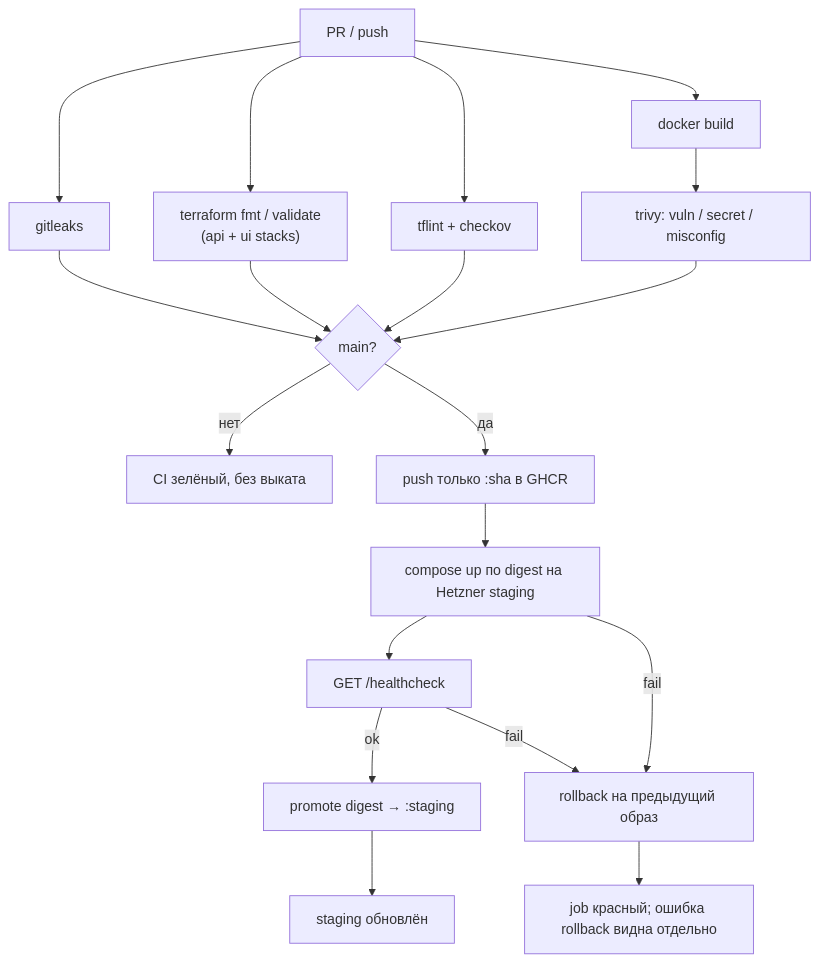
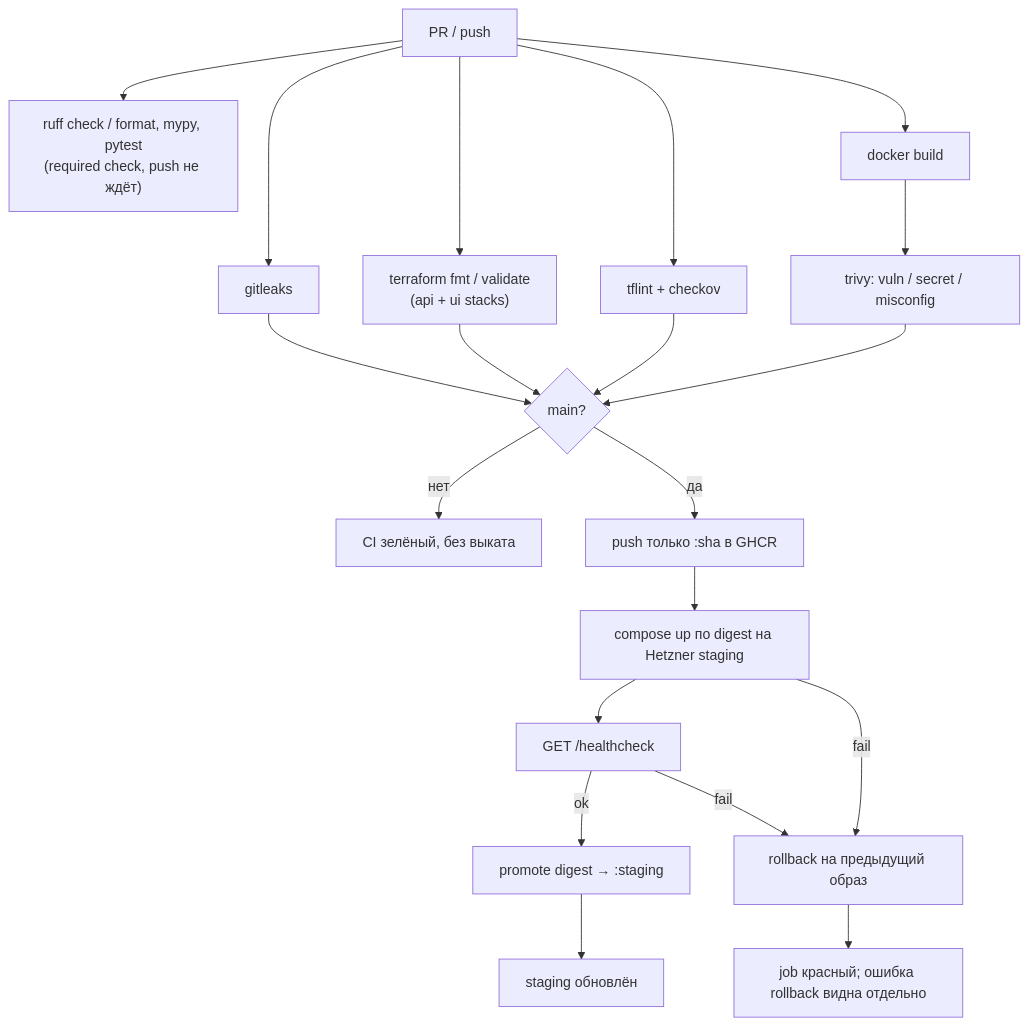
The diagram in docs/CICD.md (larchanka-training/dmc-268-api-t6), drawn with Mermaid before and after one commit. The commit also changed other lines of this file and 1 other file, not shown here.

````diff
--- a/docs/CICD.md
+++ b/docs/CICD.md
@@ -15,21 +15,22 @@
 ```mermaid
 flowchart TD
   pr["PR / push"] --> secrets["gitleaks"]
   pr --> tf["terraform fmt / validate\n(api + ui stacks)"]
   pr --> lint["tflint + checkov"]
+  pr --> py["ruff check / format, mypy, pytest\n(required check, push не ждёт)"]
   pr --> build["docker build"]
   build --> scan["trivy: vuln / secret / misconfig"]
   secrets --> gate{"main?"}
   tf --> gate
   lint --> gate
   scan --> gate
   gate -->|нет| stop["CI зелёный, без выката"]
   gate -->|да| push["push только :sha в GHCR"]
   push --> deploy["compose up по digest на Hetzner staging"]
   deploy --> health["GET /healthcheck"]
   health -->|ok| promote["promote digest → :staging"]
   promote --> done["staging обновлён"]
   health -->|fail| rb["rollback на предыдущий образ"]
   deploy -->|fail| rb
   rb --> fail["job красный; ошибка rollback видна отдельно"]
 ```
````
